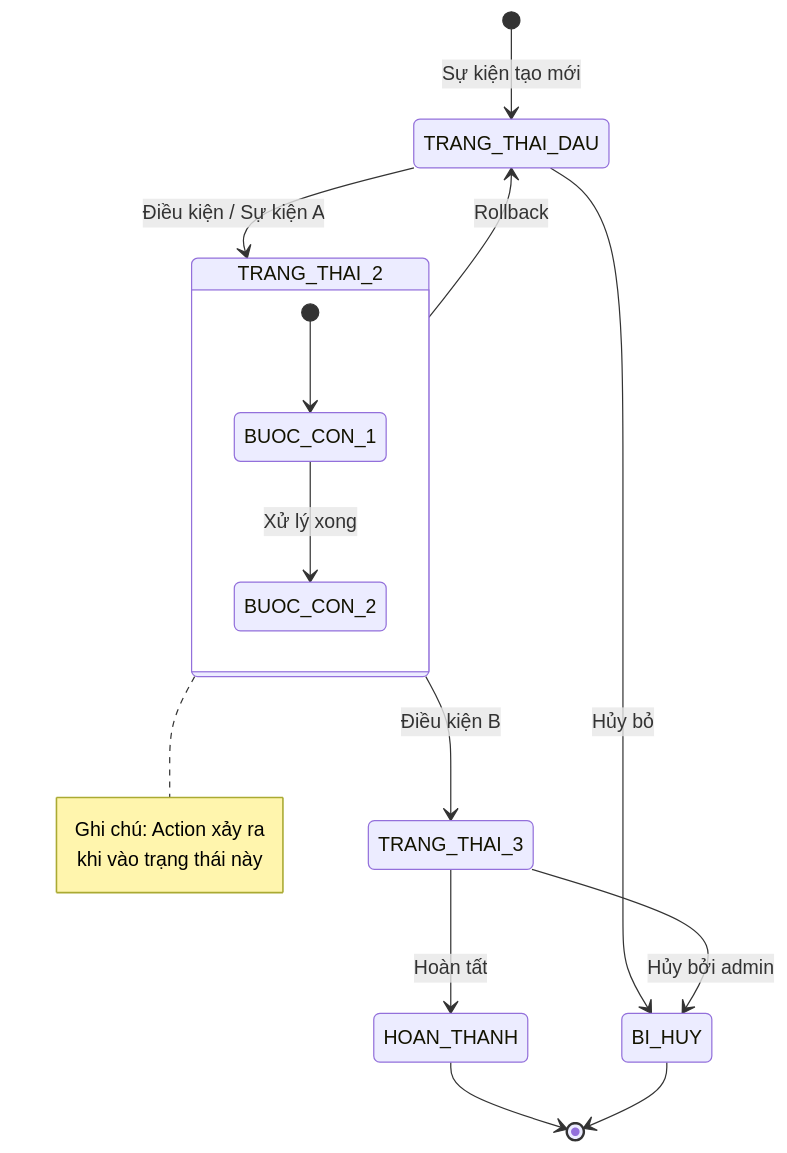
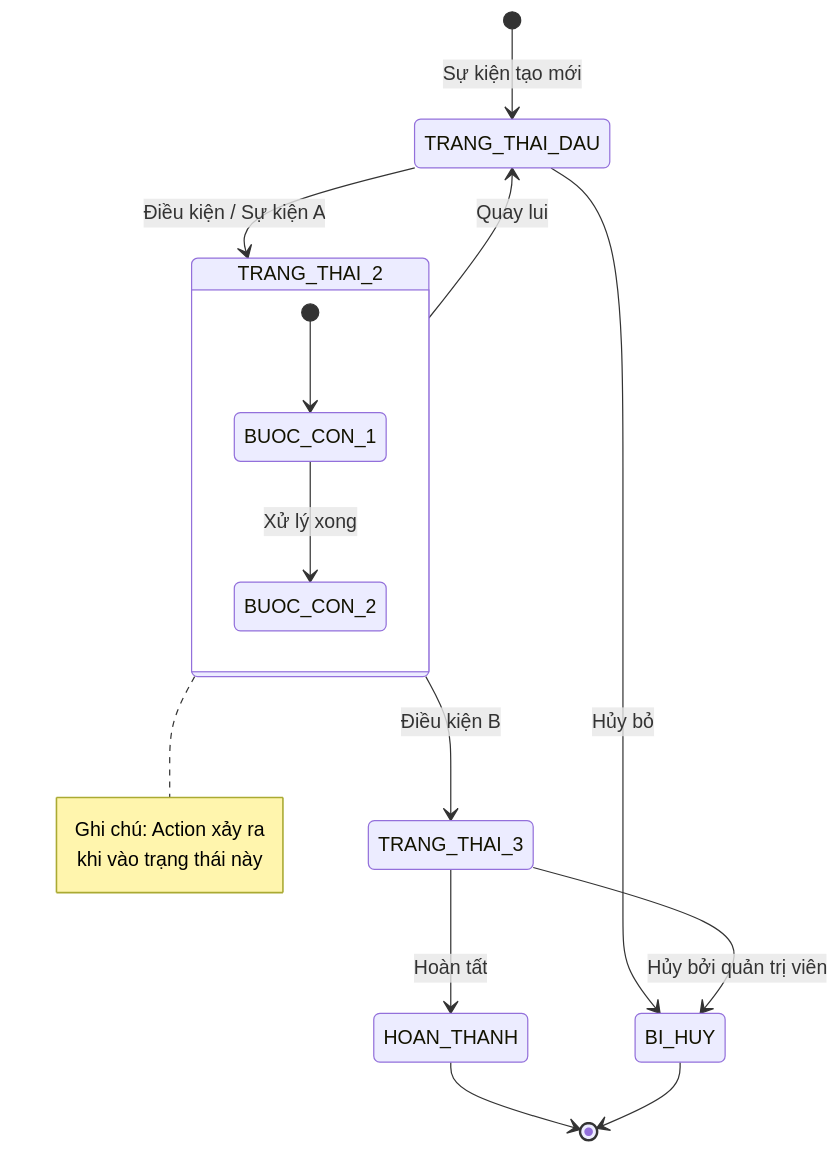
Before and after one commit to Haign12/LuxRoom: the ninth of 13 diagrams in docs/ba_portfolio/BA_Complete_Documentation.md, drawn with Mermaid. The commit also changed other lines of this file and 11073 other files, not shown here.

````diff
--- a/docs/ba_portfolio/BA_Complete_Documentation.md
+++ b/docs/ba_portfolio/BA_Complete_Documentation.md
@@ -870,26 +874,26 @@
 ```mermaid
 stateDiagram-v2
     [*] --> TRANG_THAI_DAU: Sự kiện tạo mới
 
     TRANG_THAI_DAU --> TRANG_THAI_2: Điều kiện / Sự kiện A
     TRANG_THAI_DAU --> BI_HUY: Hủy bỏ
 
     TRANG_THAI_2 --> TRANG_THAI_3: Điều kiện B
-    TRANG_THAI_2 --> TRANG_THAI_DAU: Rollback
+    TRANG_THAI_2 --> TRANG_THAI_DAU: Quay lui
 
     state TRANG_THAI_2 {
         [*] --> BUOC_CON_1
         BUOC_CON_1 --> BUOC_CON_2: Xử lý xong
     }
 
     TRANG_THAI_3 --> HOAN_THANH: Hoàn tất
-    TRANG_THAI_3 --> BI_HUY: Hủy bởi admin
+    TRANG_THAI_3 --> BI_HUY: Hủy bởi quản trị viên
 
     HOAN_THANH --> [*]
     BI_HUY --> [*]
 
     note right of TRANG_THAI_2
         Ghi chú: Action xảy ra
         khi vào trạng thái này
     end note
 ```
````
